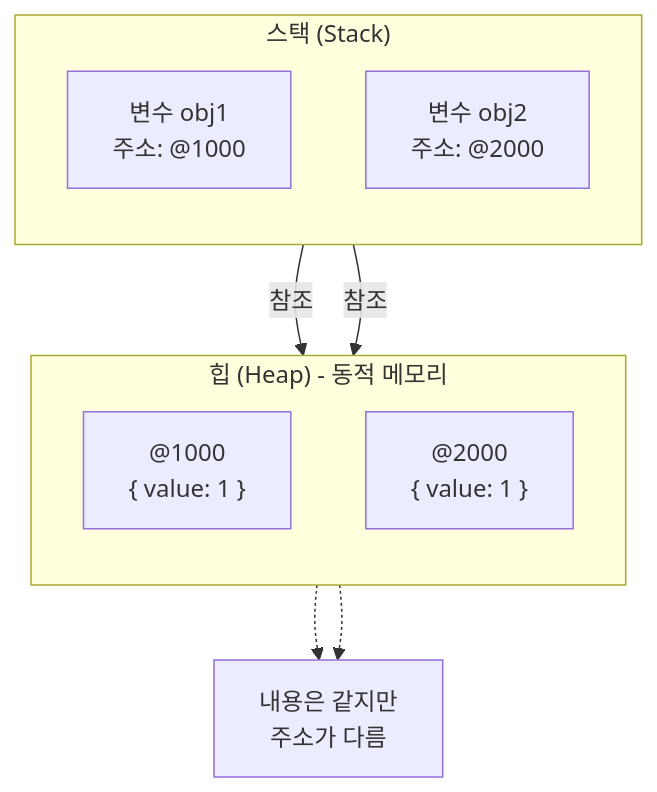
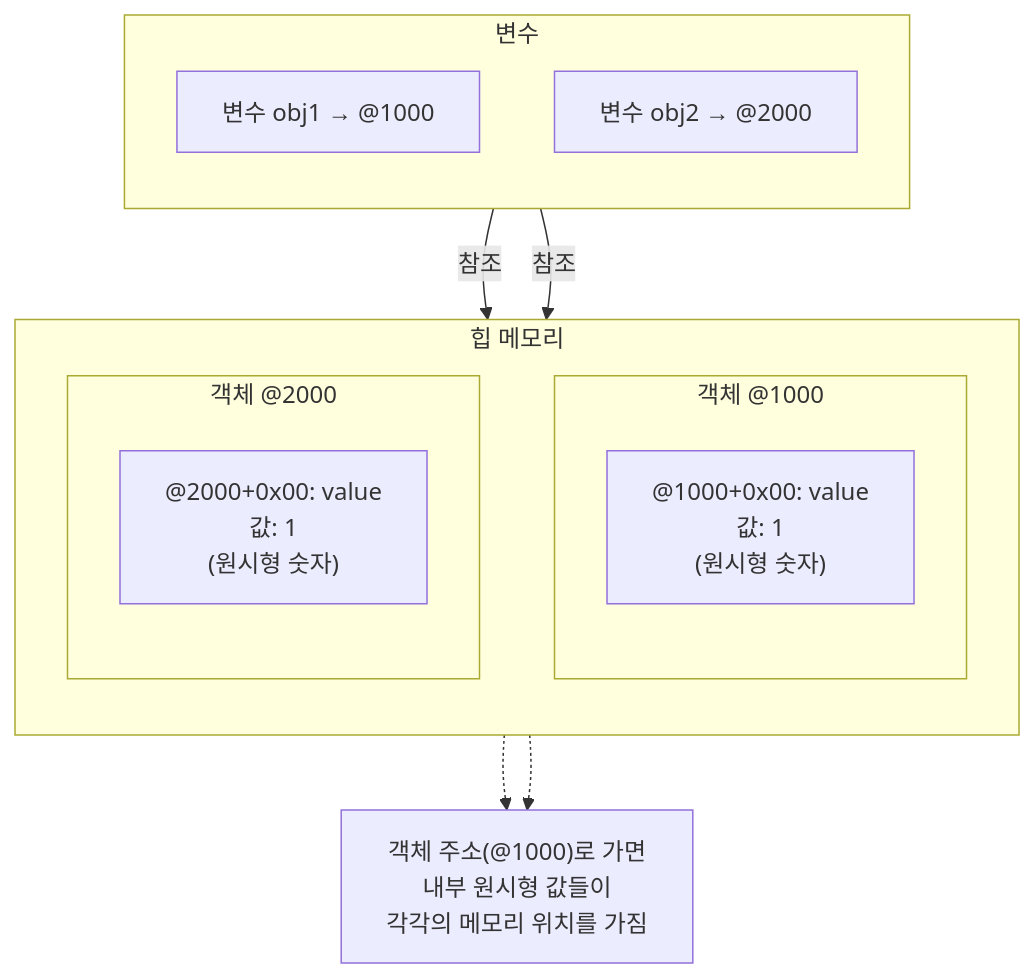
One commit to codefug/codefug.github.io changed the second of 15 diagrams in markdown/2026-01-18/ko/content.mdx. Above: the diagram before and after it, drawn with Mermaid. The commit also changed other lines of this file and 1 other file, not shown here.

Commit message:
docs: 메모리 구조 설명 간소화 및 시각화 개선

````diff
--- a/markdown/2026-01-18/ko/content.mdx
+++ b/markdown/2026-01-18/ko/content.mdx
@@ -63,22 +71,29 @@
 ```mermaid
 flowchart TB
-    subgraph Stack["스택 (Stack)"]
+    subgraph Variables["변수"]
         direction TB
-        V1["변수 obj1<br/>주소: @1000"]
-        V2["변수 obj2<br/>주소: @2000"]
+        V1["변수 obj1 → @1000"]
+        V2["변수 obj2 → @2000"]
     end
     
-    subgraph Heap["힙 (Heap) - 동적 메모리"]
+    subgraph Heap["힙 메모리"]
         direction TB
-        O1["@1000<br/>{ value: 1 }"]
-        O2["@2000<br/>{ value: 1 }"]
+        subgraph O1["객체 @1000"]
+            direction TB
+            P1["@1000+0x00: value<br/>값: 1<br/>(원시형 숫자)"]
+        end
+        
+        subgraph O2["객체 @2000"]
+            direction TB
+            P2["@2000+0x00: value<br/>값: 1<br/>(원시형 숫자)"]
+        end
     end
     
     V1 -->|"참조"| O1
     V2 -->|"참조"| O2
     
-    Note1["내용은 같지만<br/>주소가 다름"]
+    Note1["객체 주소(@1000)로 가면<br/>내부 원시형 값들이<br/>각각의 메모리 위치를 가짐"]
     
     O1 -.-> Note1
     O2 -.-> Note1
 ```
````
